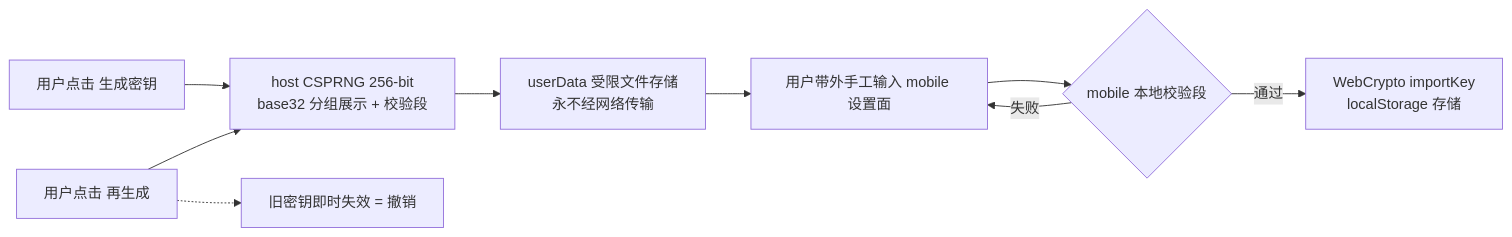
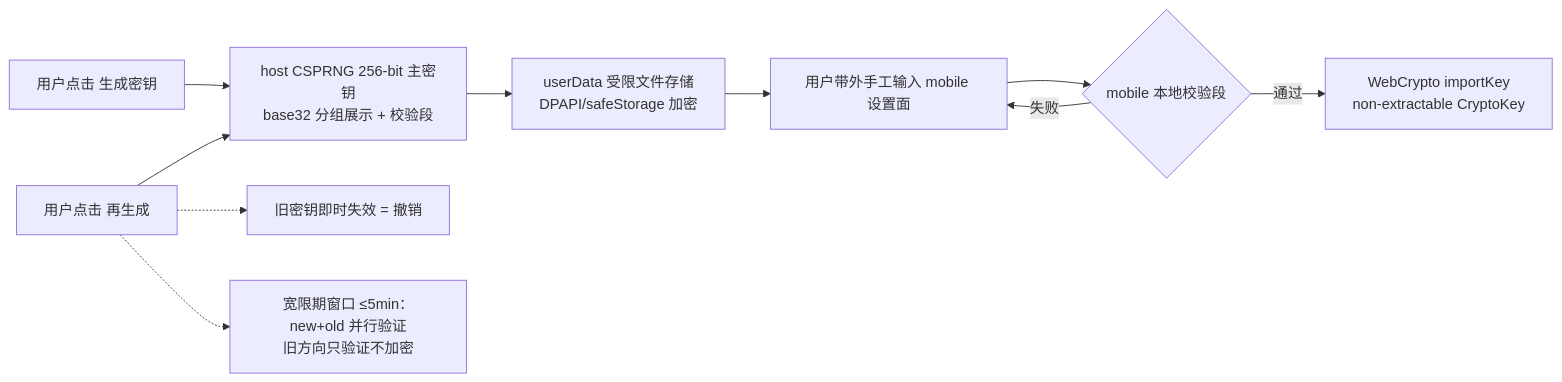
One commit to bigfaner/dsh-forge changed the first of 4 diagrams in .forge/docs/features/mobile-ui/design/tunnel-psk.md. Above: the diagram before and after it, drawn with Mermaid. The commit also changed other lines of this file, not shown here.

````diff
--- a/.forge/docs/features/mobile-ui/design/tunnel-psk.md
+++ b/.forge/docs/features/mobile-ui/design/tunnel-psk.md
@@ -26,11 +31,12 @@
 ```mermaid
 flowchart LR
-    A[用户点击 生成密钥] --> B["host CSPRNG 256-bit<br/>base32 分组展示 + 校验段"]
-    B --> C[userData 受限文件存储<br/>永不经网络传输]
+    A[用户点击 生成密钥] --> B["host CSPRNG 256-bit 主密钥<br/>base32 分组展示 + 校验段"]
+    B --> C["userData 受限文件存储<br/>DPAPI/safeStorage 加密"]
     C --> D[用户带外手工输入 mobile 设置面]
     D --> E{mobile 本地校验段}
     E -- 失败 --> D
-    E -- 通过 --> F[WebCrypto importKey<br/>localStorage 存储]
+    E -- 通过 --> F["WebCrypto importKey<br/>non-extractable CryptoKey"]
     G[用户点击 再生成] --> B
     G -.-> H[旧密钥即时失效 = 撤销]
+    G -.-> I[宽限期窗口 ≤5min：new+old 并行验证<br/>旧方向只验证不加密]
 ```
````
